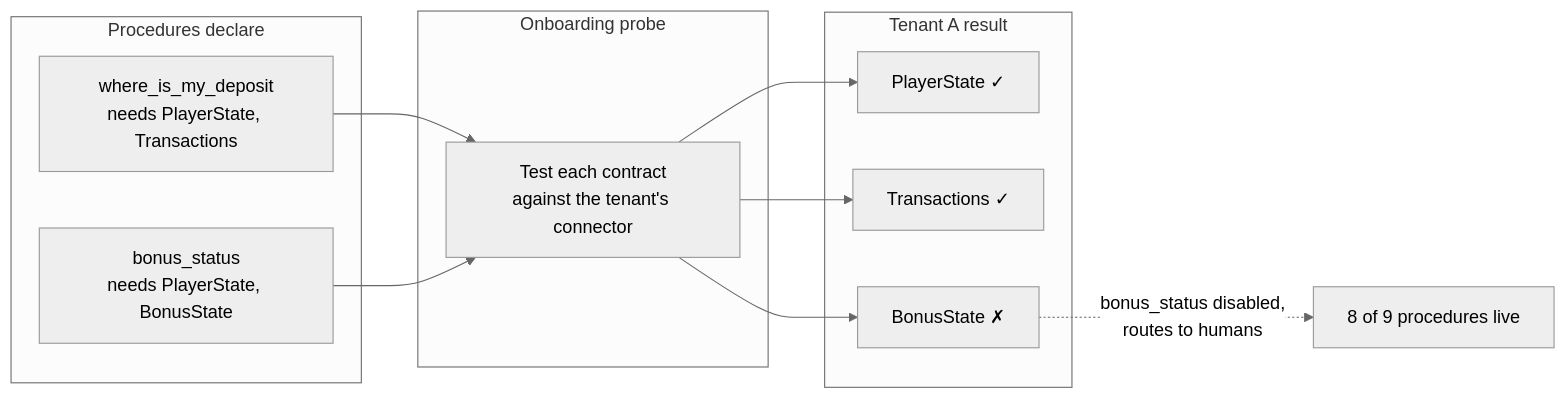
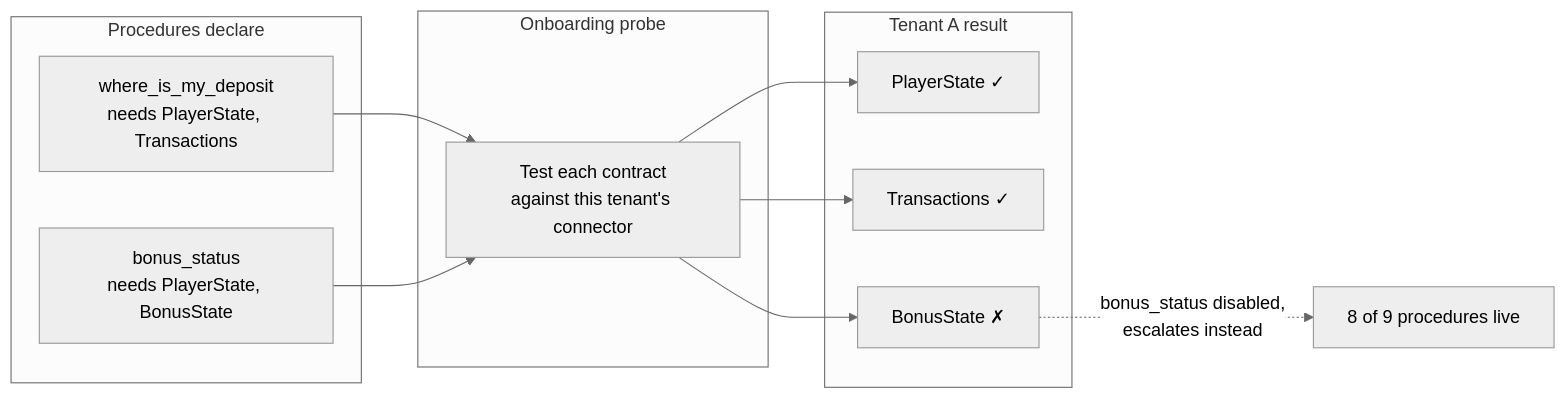
The sixth of 12 diagrams in Design.md (sdannuri/iGamingAgent), drawn with Mermaid (neutral theme) before and after one commit. The commit also changed other lines of this file and 2 other files, not shown here.

````diff
--- a/Design.md
+++ b/Design.md
@@ -675,19 +802,19 @@
 ```mermaid
 graph LR
     subgraph P["Procedures declare"]
         P1["where_is_my_deposit<br/>needs PlayerState, Transactions"]
         P2["bonus_status<br/>needs PlayerState, BonusState"]
     end
     subgraph N["Onboarding probe"]
-        NEG["Test each contract<br/>against the tenant's connector"]
+        NEG["Test each contract<br/>against this tenant's connector"]
     end
     subgraph T["Tenant A result"]
         T1["PlayerState ✓"]
         T2["Transactions ✓"]
         T4["BonusState ✗"]
     end
     P1 --> NEG
     P2 --> NEG
     NEG --> T1 & T2 & T4
-    T4 -.->|"bonus_status disabled,<br/>routes to humans"| OUT["8 of 9 procedures live"]
+    T4 -.->|"bonus_status disabled,<br/>escalates instead"| OUT["8 of 9 procedures live"]
 ```
````
